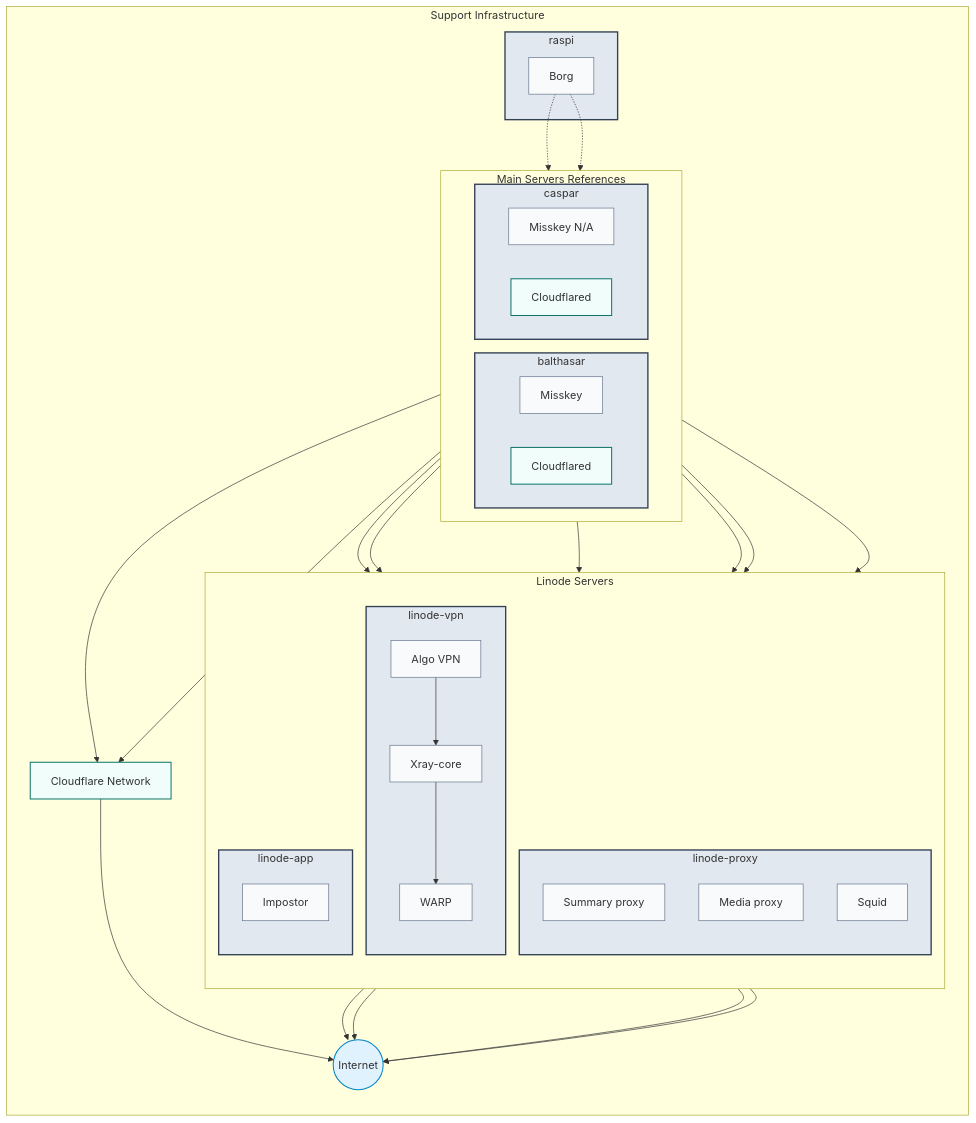
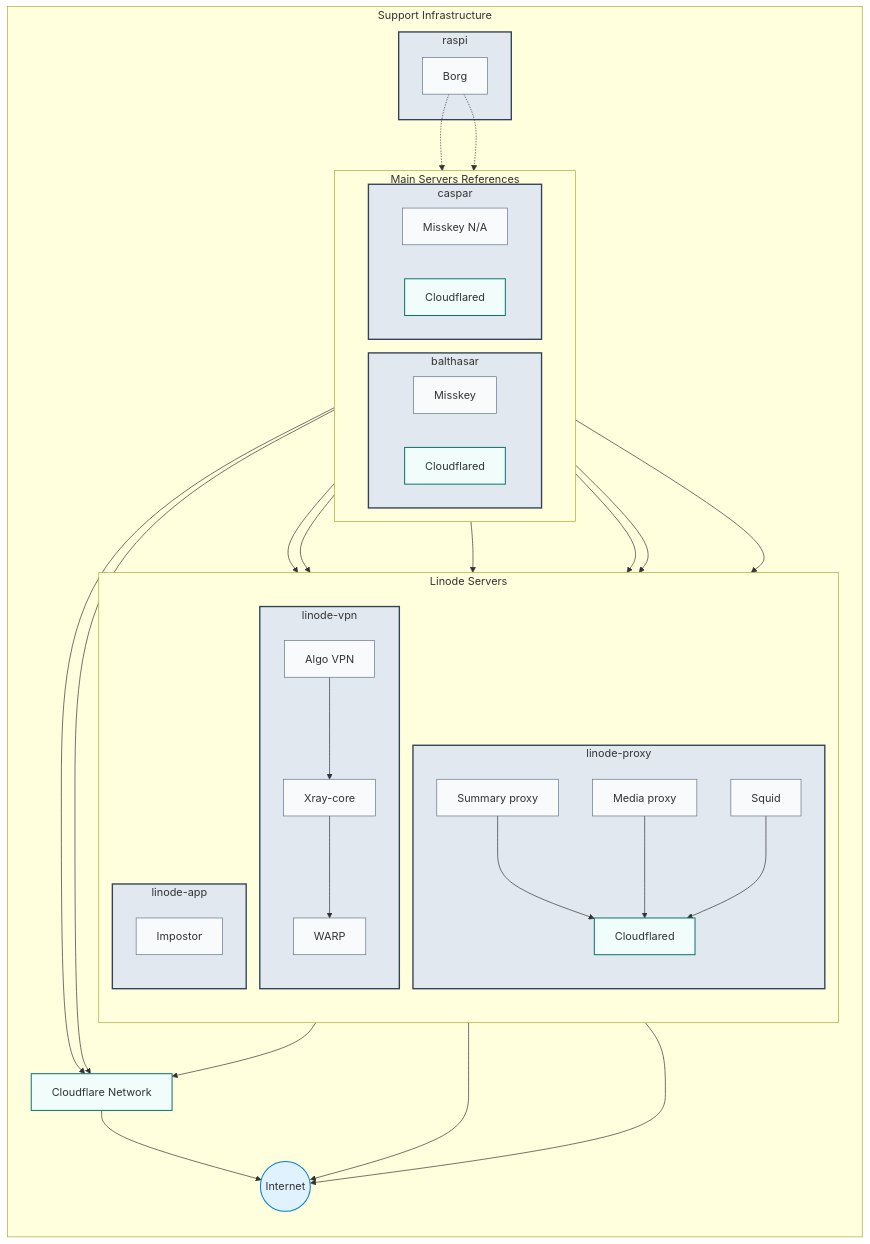
The second of 2 diagrams in README.md (yamisskey-dev/hosted-list), drawn with Mermaid before and after one commit.

````diff
--- a/README.md
+++ b/README.md
@@ -117,7 +117,6 @@
 classDef common fill:#fef3c7,stroke:#b45309,stroke-width:1px,font-style:italic
 classDef cloudflare fill:#f0fdfa,stroke:#0f766e,stroke-width:1.5px
 classDef internet fill:#e0f2fe,stroke:#0284c7,stroke-width:1.5px
-
 %% Support Infrastructure with connections to main servers
 subgraph support[Support Infrastructure]
     direction TB
@@ -135,6 +134,7 @@
             summaryproxy[Summary proxy]:::service
             mediaproxy[Media proxy]:::service
             squid[Squid]:::security
+            cloudflared_proxy[Cloudflared]:::cloudflare
         end
         
         subgraph app_server[linode-app]
@@ -166,29 +166,25 @@
     cloudflare_network[Cloudflare Network]:::cloudflare
     internet((Internet)):::internet
 end
-
 %% Connections to proxies
 yamisskey --> summaryproxy & mediaproxy
 nayamisskey --> summaryproxy & mediaproxy
-
 %% VPN traffic flow
 balthasar & caspar --> algo --> xray --> warp
-
 %% Backup connections
 borgbackup -.-> balthasar
 borgbackup -.-> caspar
-
 %% Cloudflare connections
-cloudflared_b & cloudflared_c --> cloudflare_network --> internet
-
-%% New connections - direct internet access
-summaryproxy --> internet
-mediaproxy --> internet
+cloudflared_b & cloudflared_c --> cloudflare_network
+cloudflared_proxy --> cloudflare_network
+cloudflare_network --> internet
+%% Proxy service connections to Cloudflared
+summaryproxy & mediaproxy & squid --> cloudflared_proxy
+%% Direct internet connections (non-Cloudflared)
 warp --> internet
 impostor --> internet
-
 %% Apply styles
 class balthasar,caspar,vpn,proxy,app_server,raspi homeServer
 class yamisskey,nayamisskey,algo,xray,warp,summaryproxy,mediaproxy,squid,impostor,borgbackup service
-class cloudflared_b,cloudflared_c,cloudflare_network cloudflare
+class cloudflared_b,cloudflared_c,cloudflared_proxy,cloudflare_network cloudflare
 ```
````
